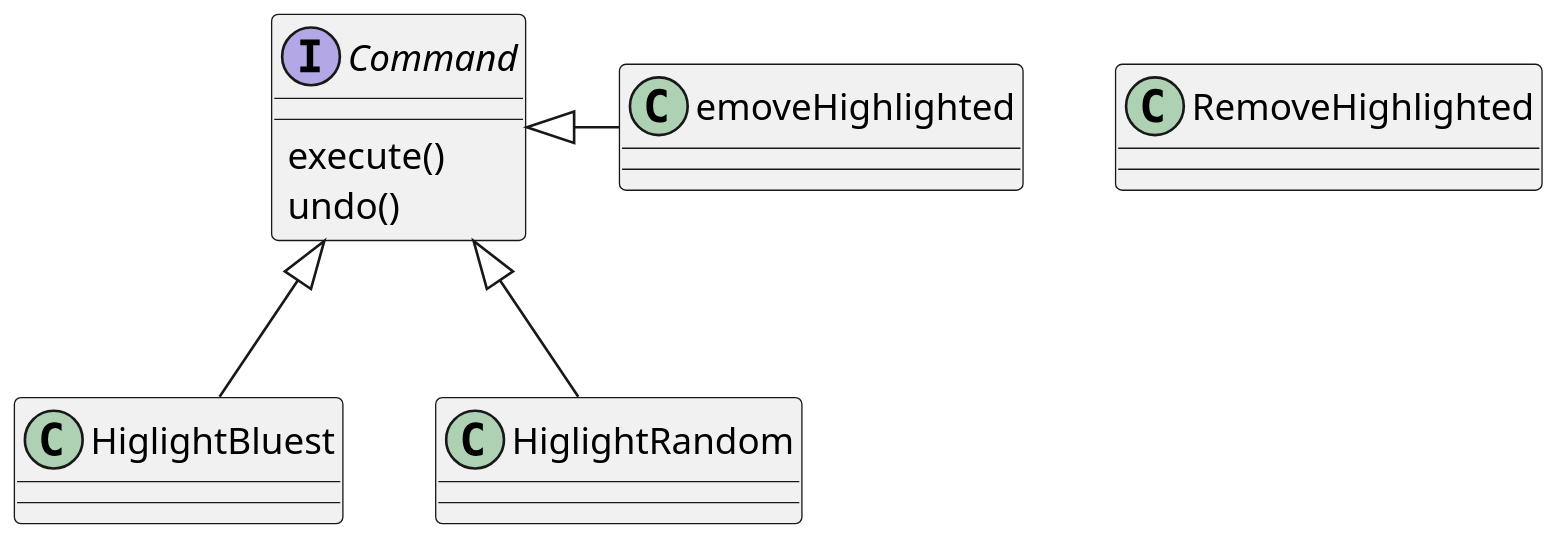
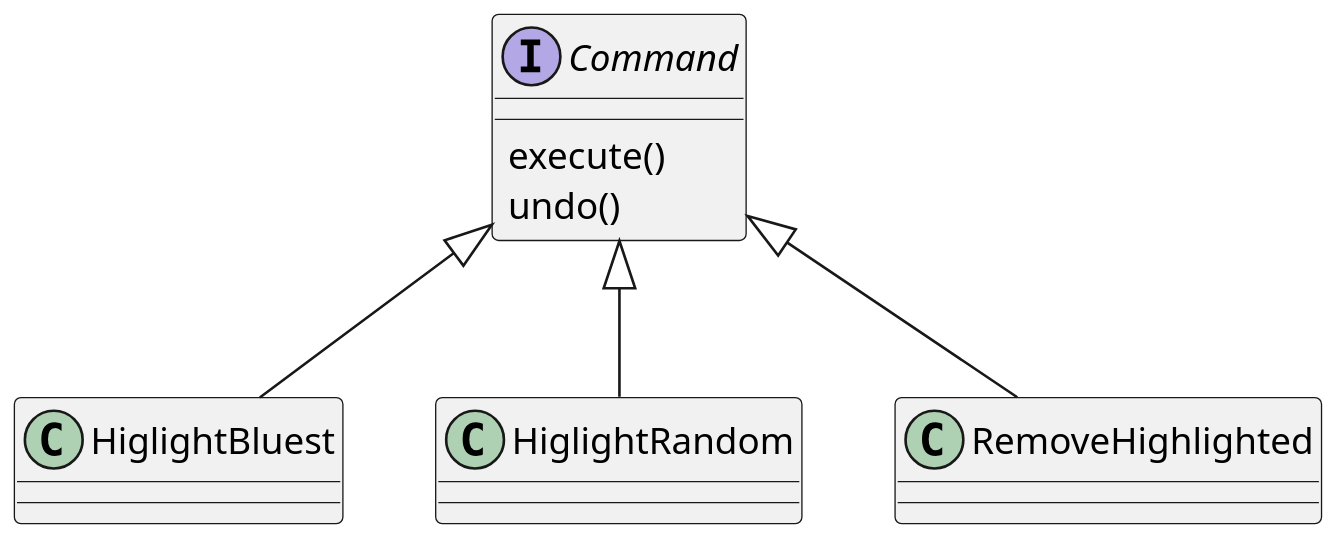
Before and after one commit to inponomarev/nul-patterns: diagram 17 of 31 in slides/src/main/asciidoc/lecture.adoc, drawn with PlantUML.

```diff
--- a/slides/src/main/asciidoc/lecture.adoc
+++ b/slides/src/main/asciidoc/lecture.adoc
@@ -625,20 +625,20 @@
 [plantuml]
 ----
 @startuml
 skinparam dpi 180
 
 interface Command {
   execute()
   undo()
 }
 
 class HiglightBluest
 class HiglightRandom
 class RemoveHighlighted
 
-Command <|--HiglightBluest
-Command <|--HiglightRandom
-Command <|--RemoveHighlighted
+Command <|-- HiglightBluest
+Command <|-- HiglightRandom
+Command <|-- RemoveHighlighted
 
 @enduml
 ----
```
